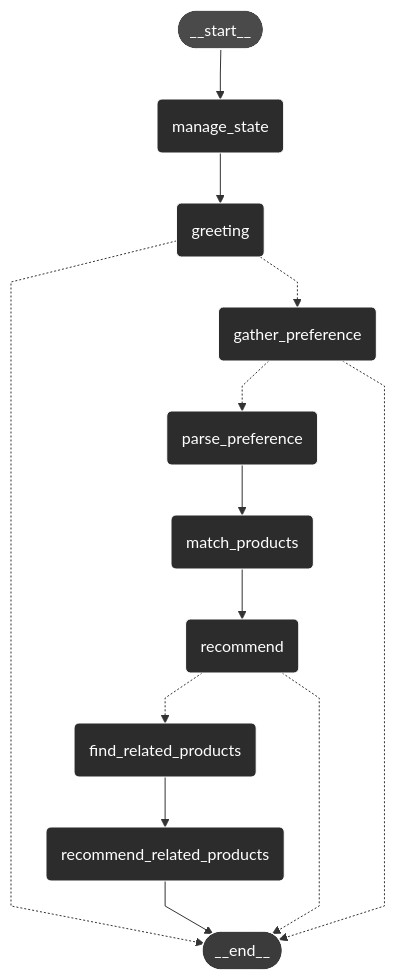
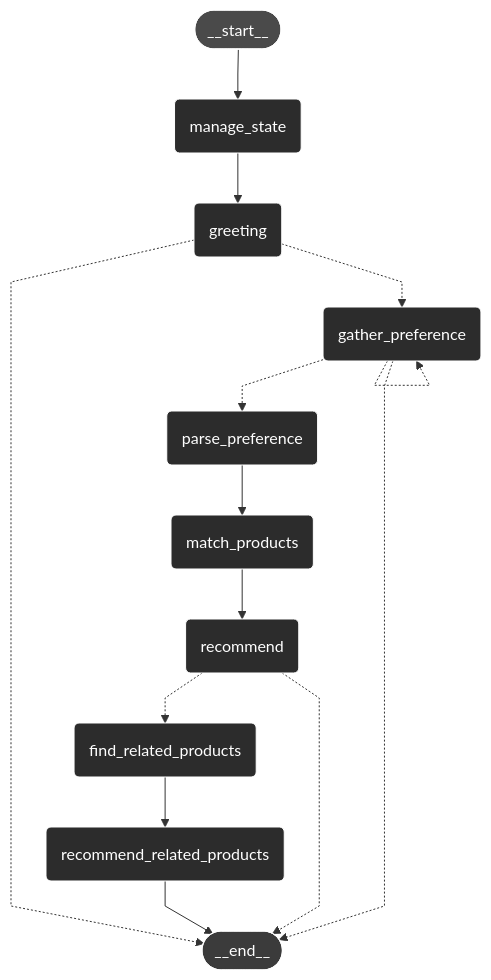
The diagram in README.md (cintiaching/ai-shopping-buddy), drawn with Mermaid before and after one commit.

````diff
--- a/README.md
+++ b/README.md
@@ -8,30 +8,31 @@
 ```mermaid
 %%{init: {'flowchart': {'curve': 'linear'}}}%%
 graph TD;
 	__start__([<p>__start__</p>]):::first
 	gather_preference(gather_preference)
 	manage_state(manage_state)
 	greeting(greeting)
 	parse_preference(parse_preference)
 	match_products(match_products)
 	recommend(recommend)
 	find_related_products(find_related_products)
 	recommend_related_products(recommend_related_products)
 	__end__([<p>__end__</p>]):::last
 	__start__ --> manage_state;
 	find_related_products --> recommend_related_products;
 	manage_state --> greeting;
 	match_products --> recommend;
 	parse_preference --> match_products;
 	recommend_related_products --> __end__;
 	greeting -.-> __end__;
 	greeting -.-> gather_preference;
 	gather_preference -.-> parse_preference;
 	gather_preference -.-> __end__;
 	recommend -.-> find_related_products;
 	recommend -.-> __end__;
+	gather_preference -.-> gather_preference;
 	classDef default fill:#1e1e1e, stroke:#ffffff, color:#ffffff;
     classDef first fill:#4a4a4a, color:#ffffff;
     classDef last fill:#3b3b3b, color:#ffffff;
     classDef node fill:#2c2c2c, stroke:#ffffff, color:#ffffff;
 ```
````
